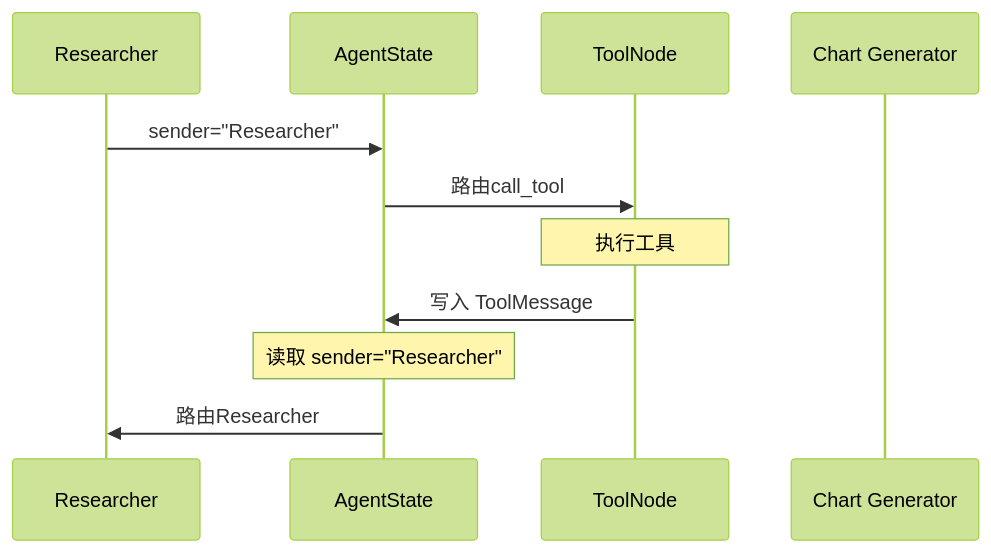
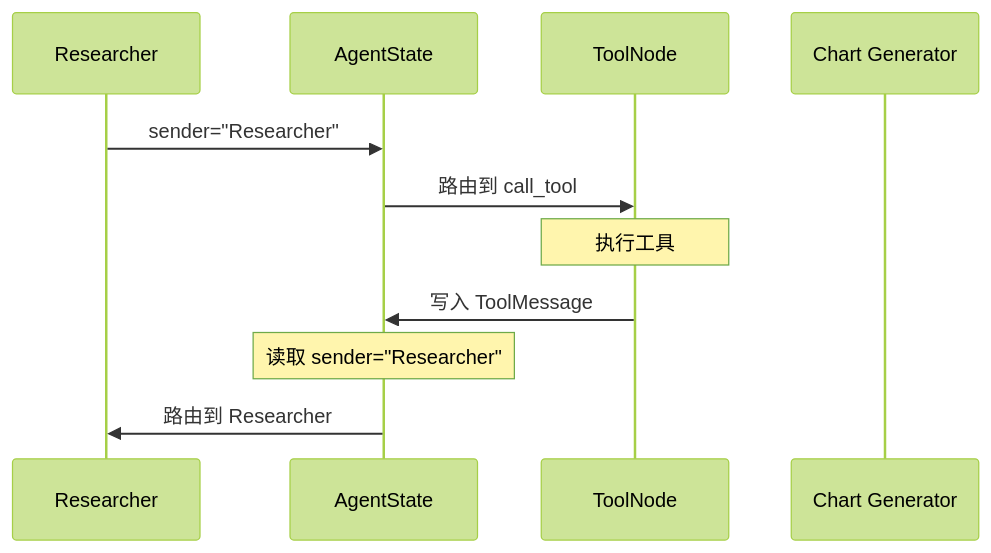
Before and after one commit to shuh-ai/agent-dev-guide: the sixth of 11 diagrams in 02-开发框架与平台/LangGraph/04-多Agent协作.md, drawn with Mermaid (forest theme). The commit also changed other lines of this file and 9 other files, not shown here.

Commit message:
fix：细化核心图表及相关描述，提升逻辑清晰度

````diff
--- a/02-开发框架与平台/LangGraph/04-多Agent协作.md
+++ b/02-开发框架与平台/LangGraph/04-多Agent协作.md
@@ -411,14 +411,14 @@
 ```mermaid
 sequenceDiagram
     participant R as Researcher
     participant S as AgentState
     participant T as ToolNode
     participant C as Chart Generator
 
     R->>S: sender="Researcher"
-    S->>T: 路由call_tool
+    S->>T: 路由到 call_tool
     Note over T: 执行工具
     T->>S: 写入 ToolMessage
     Note over S: 读取 sender="Researcher"
-    S->>R: 路由Researcher 
+    S->>R: 路由到 Researcher
 ```
````
